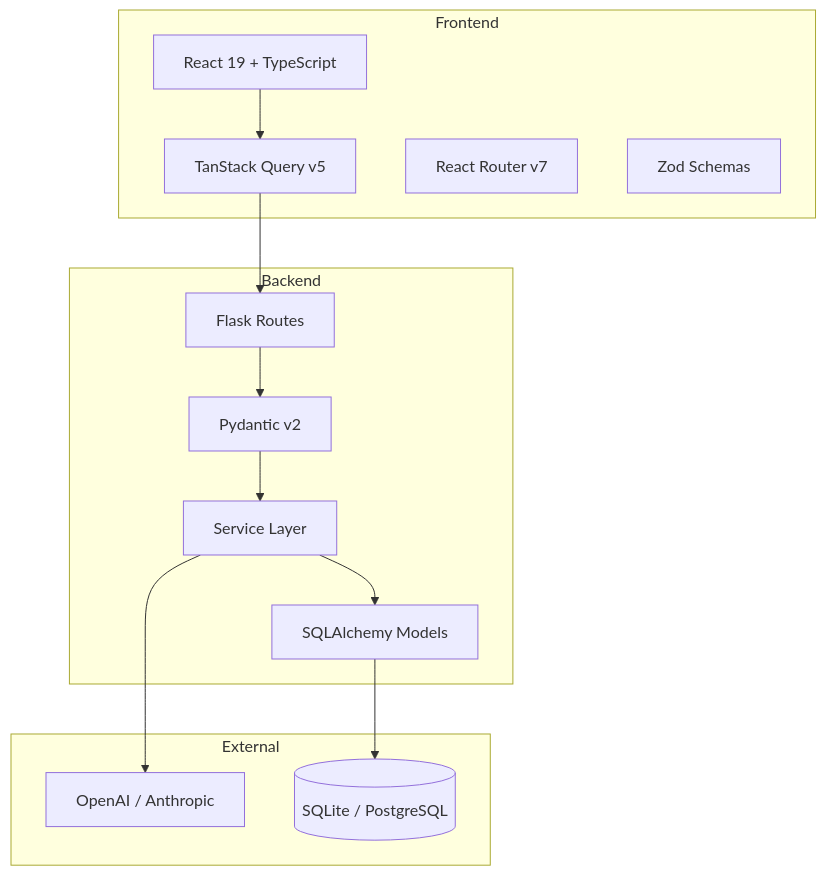
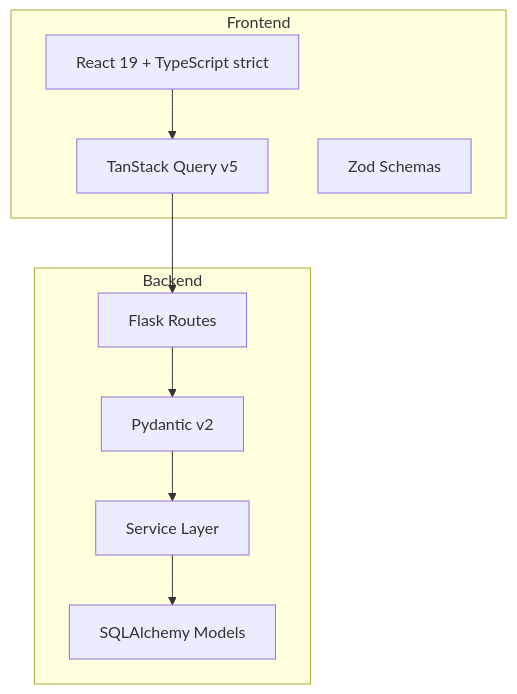
The second of 4 diagrams in README.md (hitakshiA/Echolog), drawn with Mermaid before and after one commit. The commit also changed other lines of this file and 3 other files, not shown here.

````diff
--- a/README.md
+++ b/README.md
@@ -80,26 +76,19 @@
 ```mermaid
 graph TB
     subgraph Frontend
-        React[React 19 + TypeScript]
+        React[React 19 + TypeScript strict]
         TQ[TanStack Query v5]
-        RR[React Router v7]
         Zod[Zod Schemas]
     end
 
     subgraph Backend
         Routes[Flask Routes]
         Services[Service Layer]
         Models[SQLAlchemy Models]
         Pydantic[Pydantic v2]
     end
 
-    subgraph External
-        LLM[OpenAI / Anthropic]
-        DB[(SQLite / PostgreSQL)]
-    end
-
     React --> TQ --> Routes
     Routes --> Pydantic --> Services
-    Services --> Models --> DB
-    Services --> LLM
+    Services --> Models
 ```
````
